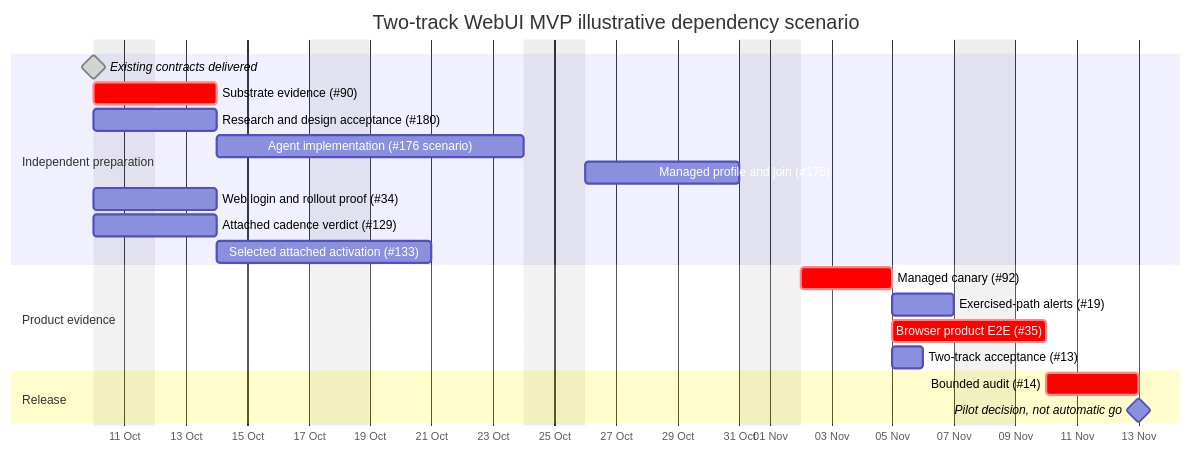
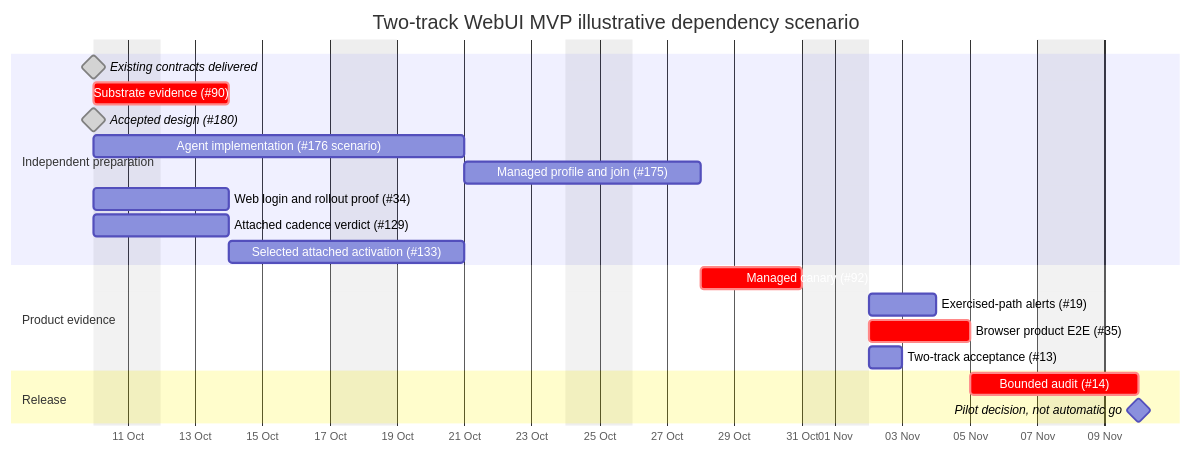
The second of 2 diagrams in docs/mvp-delivery-plan.md (urandon/sessionless), drawn with Mermaid before and after one commit. The commit also changed other lines of this file and 1 other file, not shown here.

Commit message:
docs: reconcile delegated MVP engineering acceptance

````diff
--- a/docs/mvp-delivery-plan.md
+++ b/docs/mvp-delivery-plan.md
@@ -197,24 +214,24 @@
 ```mermaid
 gantt
     title Two-track WebUI MVP illustrative dependency scenario
     dateFormat YYYY-MM-DD
     axisFormat %d %b
     excludes weekends
     section Independent preparation
     Existing contracts delivered       :done, milestone, contracts, 2026-10-10, 0d
     Substrate evidence (#90)           :crit, platform, 2026-10-10, 3d
-    Research and design acceptance (#180) :design, 2026-10-10, 3d
+    Accepted design (#180)             :done, milestone, design, 2026-10-10, 0d
     Agent implementation (#176 scenario) :agent, after design, 8d
     Managed profile and join (#175)    :profile, after agent, 5d
     Web login and rollout proof (#34)  :web, 2026-10-10, 3d
     Attached cadence verdict (#129)   :cadence, 2026-10-10, 3d
     Selected attached activation (#133) :attached, after cadence, 5d
     section Product evidence
     Managed canary (#92)               :crit, canary, after platform profile, 3d
     Exercised-path alerts (#19)        :alerts, after web canary attached, 2d
     Browser product E2E (#35)          :crit, e2e, after canary web attached, 3d
     Two-track acceptance (#13)         :accept, after canary attached, 1d
     section Release
     Bounded audit (#14)                :crit, audit, after e2e alerts accept, 3d
     Pilot decision, not automatic go   :milestone, after audit, 0d
 ```
````
